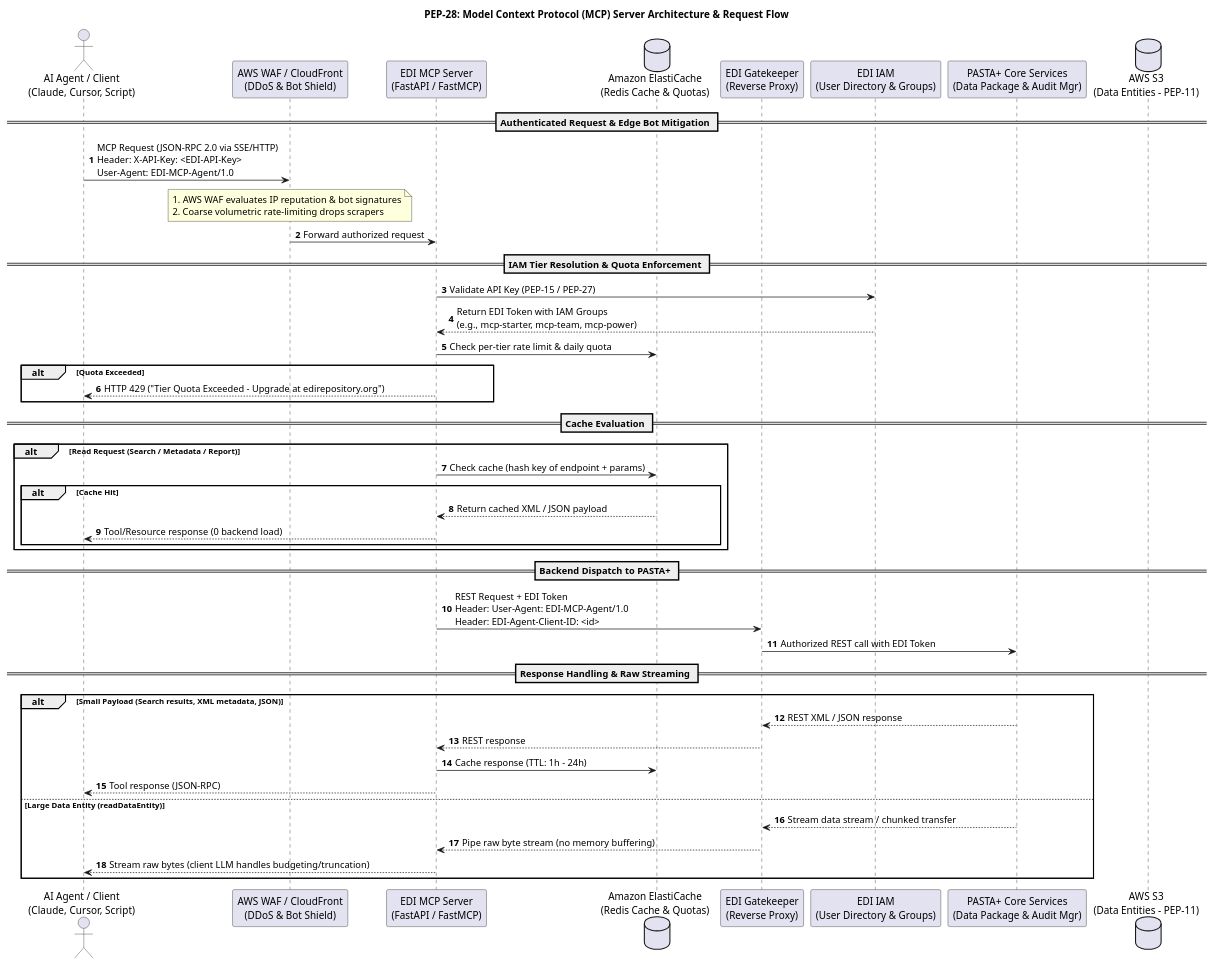
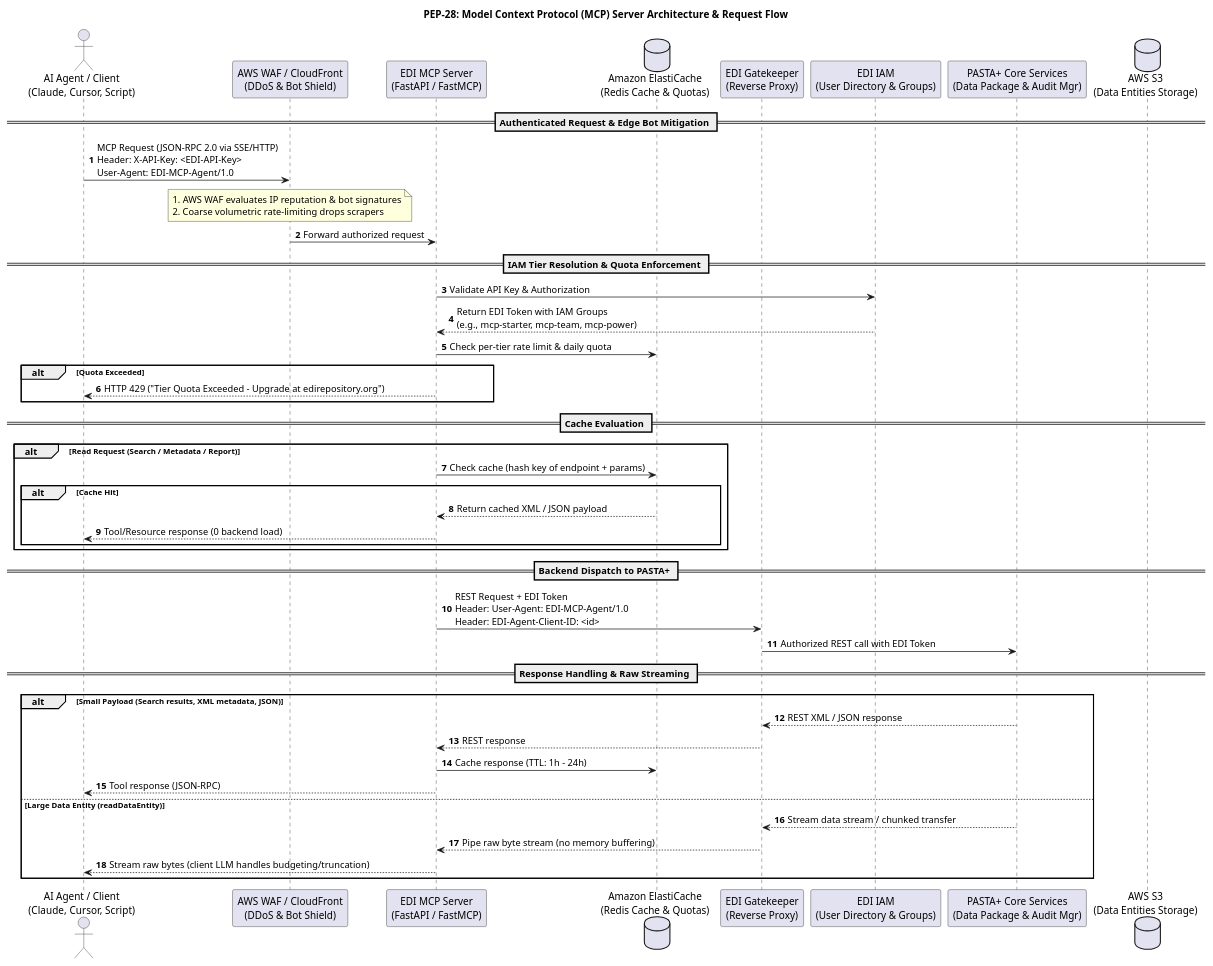
One commit to PASTAplus/PEP changed the diagram in peps/puml/pep28-mcp_architecture.puml. Above: the diagram before and after it, drawn with PlantUML. The commit also changed 1 other file, not shown here.

Commit message:
PEP-28: Replace historical PEP references with live conceptual services

```diff
--- a/peps/puml/pep28-mcp_architecture.puml
+++ b/peps/puml/pep28-mcp_architecture.puml
@@ -1,56 +1,56 @@
 @startuml
 title PEP-28: Model Context Protocol (MCP) Server Architecture & Request Flow
 
 actor "AI Agent / Client\n(Claude, Cursor, Script)" as Client
 participant "AWS WAF / CloudFront\n(DDoS & Bot Shield)" as WAF
 participant "EDI MCP Server\n(FastAPI / FastMCP)" as MCP
 database "Amazon ElastiCache\n(Redis Cache & Quotas)" as Cache
 participant "EDI Gatekeeper\n(Reverse Proxy)" as Gatekeeper
 participant "EDI IAM\n(User Directory & Groups)" as IAM
 participant "PASTA+ Core Services\n(Data Package & Audit Mgr)" as PASTA
-database "AWS S3\n(Data Entities - PEP-11)" as S3
+database "AWS S3\n(Data Entities Storage)" as S3
 
 autonumber
 
 == Authenticated Request & Edge Bot Mitigation ==
 Client -> WAF: MCP Request (JSON-RPC 2.0 via SSE/HTTP)\nHeader: X-API-Key: <EDI-API-Key>\nUser-Agent: EDI-MCP-Agent/1.0
 note over WAF
   1. AWS WAF evaluates IP reputation & bot signatures
   2. Coarse volumetric rate-limiting drops scrapers
 end note
 WAF -> MCP: Forward authorized request
 
 == IAM Tier Resolution & Quota Enforcement ==
-MCP -> IAM: Validate API Key (PEP-15 / PEP-27)
+MCP -> IAM: Validate API Key & Authorization
 IAM --> MCP: Return EDI Token with IAM Groups\n(e.g., mcp-starter, mcp-team, mcp-power)
 MCP -> Cache: Check per-tier rate limit & daily quota
 alt Quota Exceeded
   MCP --> Client: HTTP 429 ("Tier Quota Exceeded - Upgrade at edirepository.org")
 end
 
 == Cache Evaluation ==
 alt Read Request (Search / Metadata / Report)
   MCP -> Cache: Check cache (hash key of endpoint + params)
   alt Cache Hit
     Cache --> MCP: Return cached XML / JSON payload
     MCP --> Client: Tool/Resource response (0 backend load)
   end
 end
 
 == Backend Dispatch to PASTA+ ==
 MCP -> Gatekeeper: REST Request + EDI Token\nHeader: User-Agent: EDI-MCP-Agent/1.0\nHeader: EDI-Agent-Client-ID: <id>
 Gatekeeper -> PASTA: Authorized REST call with EDI Token
 
 == Response Handling & Raw Streaming ==
 alt Small Payload (Search results, XML metadata, JSON)
   PASTA --> Gatekeeper: REST XML / JSON response
   Gatekeeper --> MCP: REST response
   MCP -> Cache: Cache response (TTL: 1h - 24h)
   MCP --> Client: Tool response (JSON-RPC)
 else Large Data Entity (readDataEntity)
   PASTA --> Gatekeeper: Stream data stream / chunked transfer
   Gatekeeper --> MCP: Pipe raw byte stream (no memory buffering)
   MCP --> Client: Stream raw bytes (client LLM handles budgeting/truncation)
 end
 
 @enduml
```
